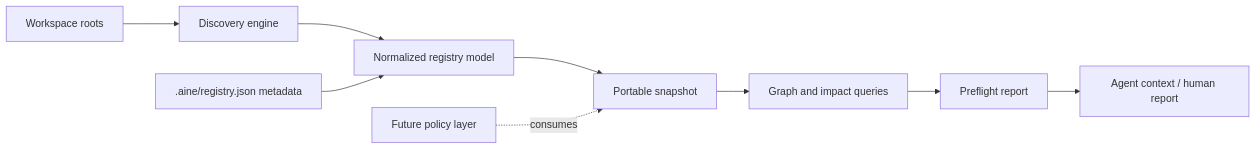
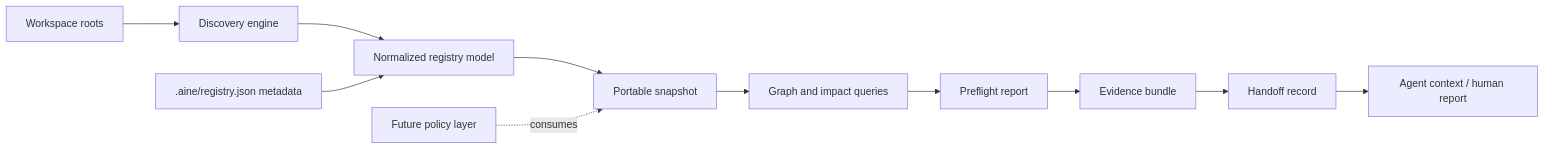
Before and after one commit to williamlabdev/aine-registry: the first of 2 diagrams in docs/BLUEPRINT.md, drawn with Mermaid. The commit also changed other lines of this file and 7 other files, not shown here.

````diff
--- a/docs/BLUEPRINT.md
+++ b/docs/BLUEPRINT.md
@@ -13,11 +13,13 @@
 ```mermaid
 flowchart LR
     W[Workspace roots] --> D[Discovery engine]
     D --> N[Normalized registry model]
     N --> S[Portable snapshot]
     S --> Q[Graph and impact queries]
     Q --> F[Preflight report]
-    F --> C[Agent context / human report]
+    F --> E[Evidence bundle]
+    E --> H[Handoff record]
+    H --> C[Agent context / human report]
     M[.aine/registry.json metadata] --> N
     P[Future policy layer] -. consumes .-> S
 ```
````
